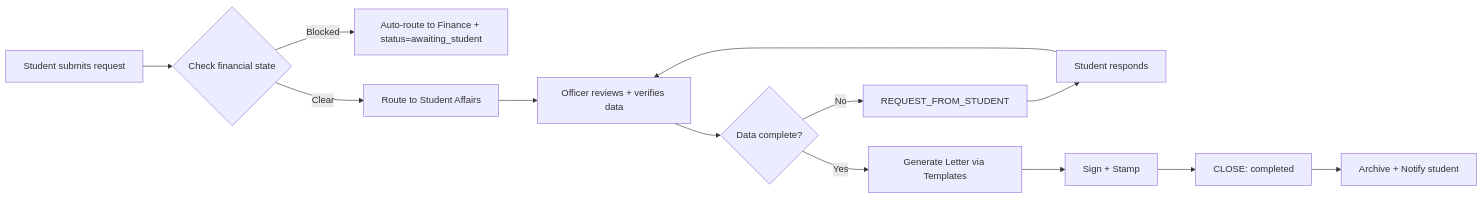
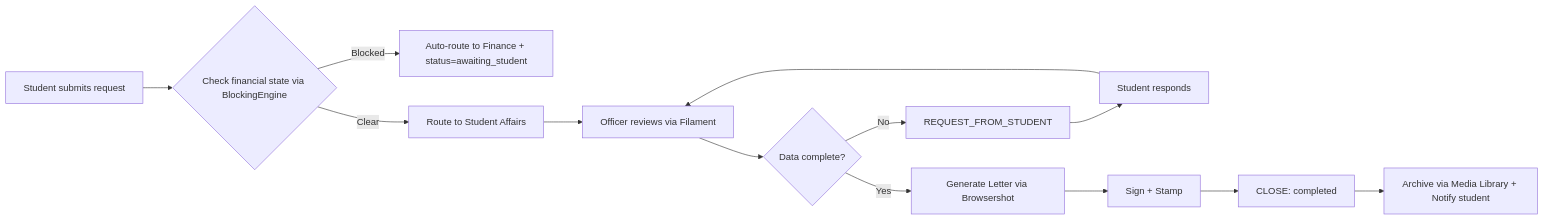
The second of 18 diagrams in مسودات-الوكلاء/الجزء-02-الموديولات-والمنطق-التجاري.md (alharbib902-del/technical-handover), drawn with Mermaid before and after one commit. The commit also changed other lines of this file and 22 other files, not shown here.

````diff
--- a/مسودات-الوكلاء/الجزء-02-الموديولات-والمنطق-التجاري.md
+++ b/مسودات-الوكلاء/الجزء-02-الموديولات-والمنطق-التجاري.md
@@ -1238,15 +1653,15 @@
 ```mermaid
 flowchart LR
-    A[Student submits request] --> B{Check financial state}
+    A[Student submits request] --> B{Check financial state via BlockingEngine}
     B -->|Blocked| C[Auto-route to Finance + status=awaiting_student]
     B -->|Clear| D[Route to Student Affairs]
-    D --> E[Officer reviews + verifies data]
+    D --> E[Officer reviews via Filament]
     E --> F{Data complete?}
     F -->|No| G[REQUEST_FROM_STUDENT]
     G --> H[Student responds]
     H --> E
-    F -->|Yes| I[Generate Letter via Templates]
+    F -->|Yes| I[Generate Letter via Browsershot]
     I --> J[Sign + Stamp]
     J --> K[CLOSE: completed]
-    K --> L[Archive + Notify student]
+    K --> L[Archive via Media Library + Notify student]
 ```
````
